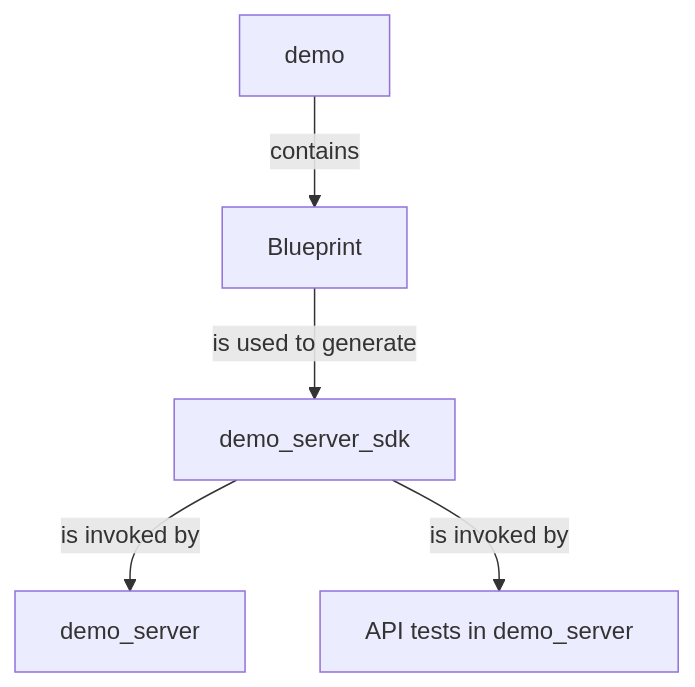
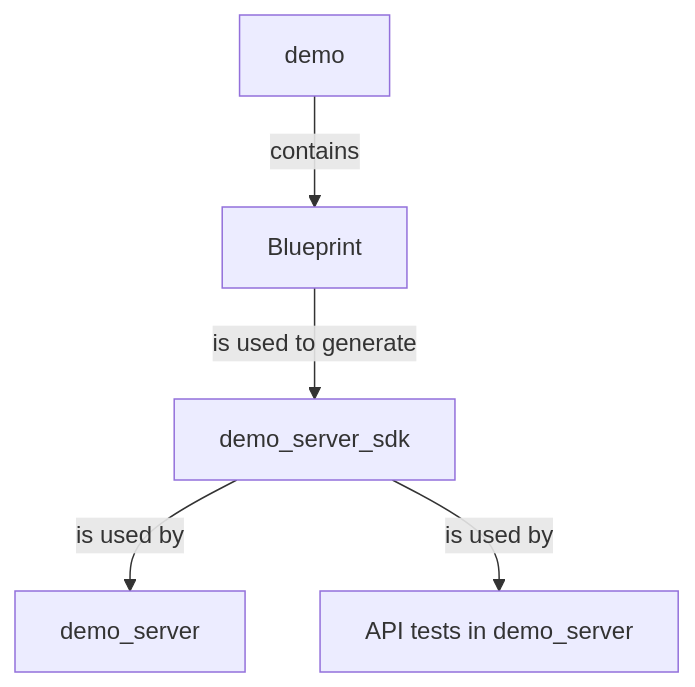
Before and after one commit to LukeMathWalker/pavex: the diagram in docs/guide/project_structure/index.md, drawn with Mermaid. The commit also changed other lines of this file, not shown here.

````diff
--- a/docs/guide/project_structure/index.md
+++ b/docs/guide/project_structure/index.md
@@ -36,7 +36,7 @@
 ```mermaid
 graph 
   d[demo] -->|contains| bp[Blueprint];
   bp -->|is used to generate| dss[demo_server_sdk];
-  dss -->|is invoked by| ds[demo_server];
-  dss -->|is invoked by| dst[API tests in demo_server];
+  dss -->|is used by| ds[demo_server];
+  dss -->|is used by| dst[API tests in demo_server];
 ```
````
